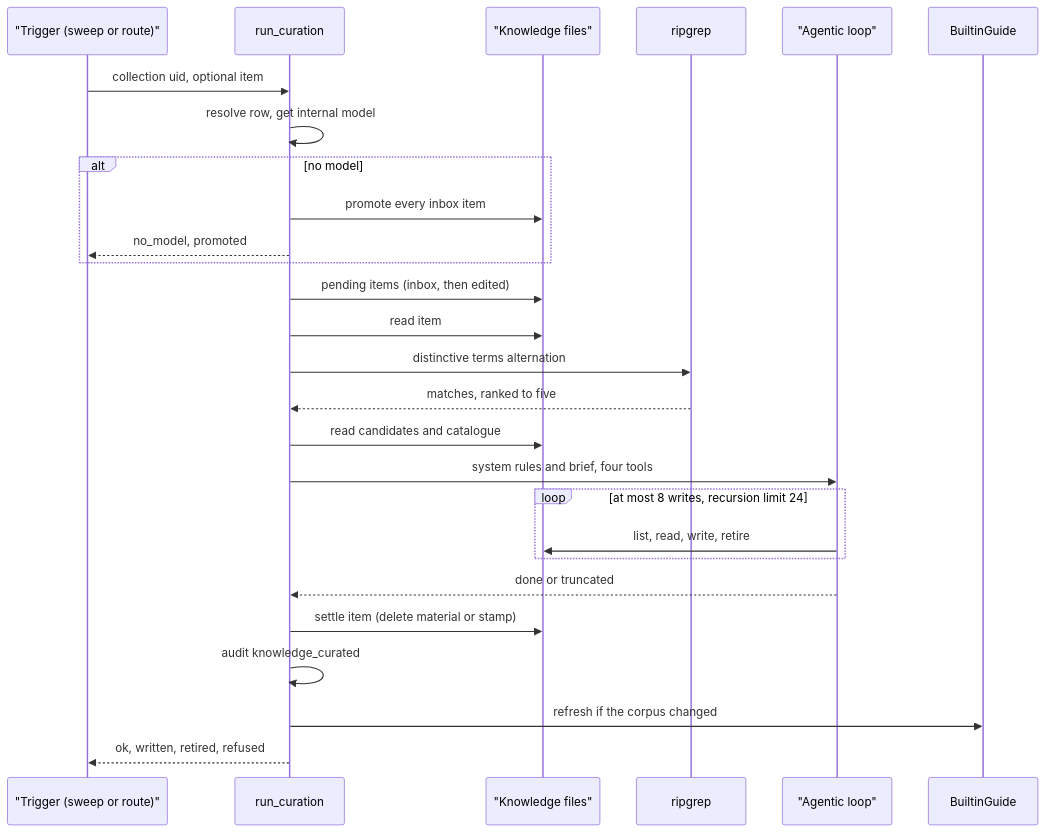
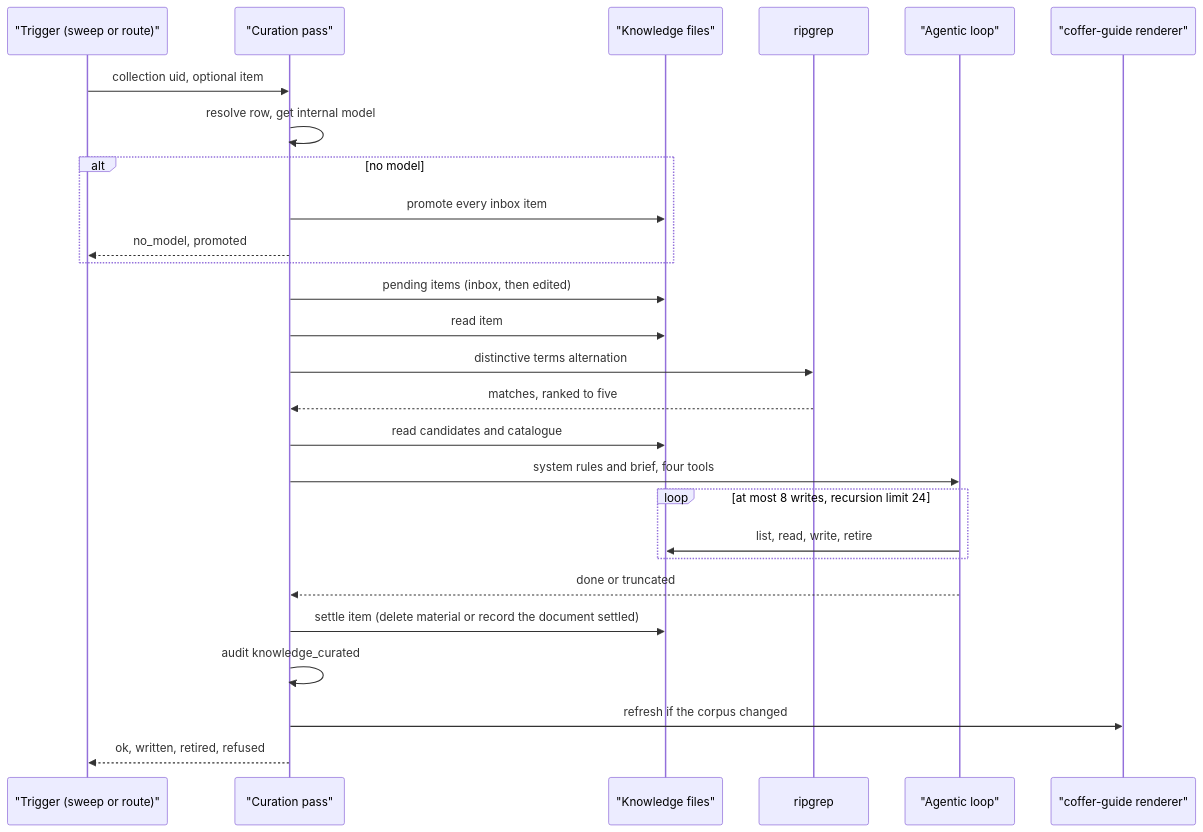
Before and after one commit to wyx-sg/Coffer: the second of 3 diagrams in docs-site/architecture/knowledge.md, drawn with Mermaid. The commit also changed other lines of this file and 4384 other files, not shown here.

````diff
--- a/docs-site/architecture/knowledge.md
+++ b/docs-site/architecture/knowledge.md
@@ -210,29 +222,29 @@
 ```mermaid
 sequenceDiagram
   participant T as "Trigger (sweep or route)"
-  participant P as run_curation
+  participant P as "Curation pass"
   participant FS as "Knowledge files"
   participant RG as ripgrep
   participant L as "Agentic loop"
-  participant G as BuiltinGuide
+  participant G as "coffer-guide renderer"
   T->>P: collection uid, optional item
   P->>P: resolve row, get internal model
   alt no model
     P->>FS: promote every inbox item
     P-->>T: no_model, promoted
   end
   P->>FS: pending items (inbox, then edited)
   P->>FS: read item
   P->>RG: distinctive terms alternation
   RG-->>P: matches, ranked to five
   P->>FS: read candidates and catalogue
   P->>L: system rules and brief, four tools
   loop at most 8 writes, recursion limit 24
     L->>FS: list, read, write, retire
   end
   L-->>P: done or truncated
-  P->>FS: settle item (delete material or stamp)
+  P->>FS: settle item (delete material or record the document settled)
   P->>P: audit knowledge_curated
   P->>G: refresh if the corpus changed
   P-->>T: ok, written, retired, refused
 ```
````
